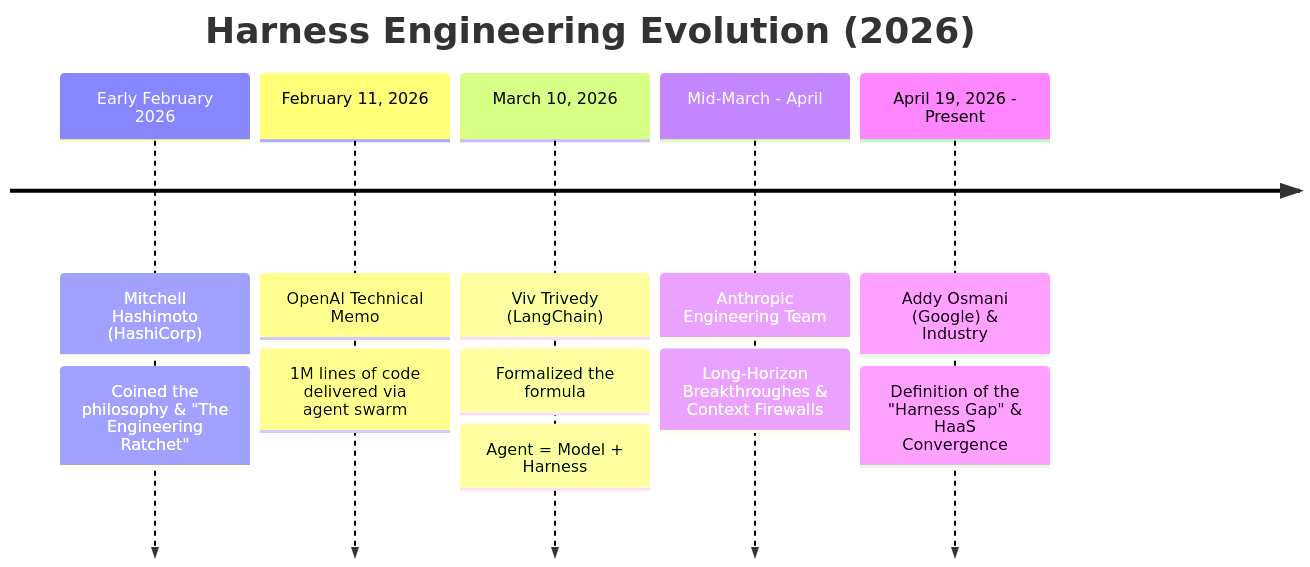
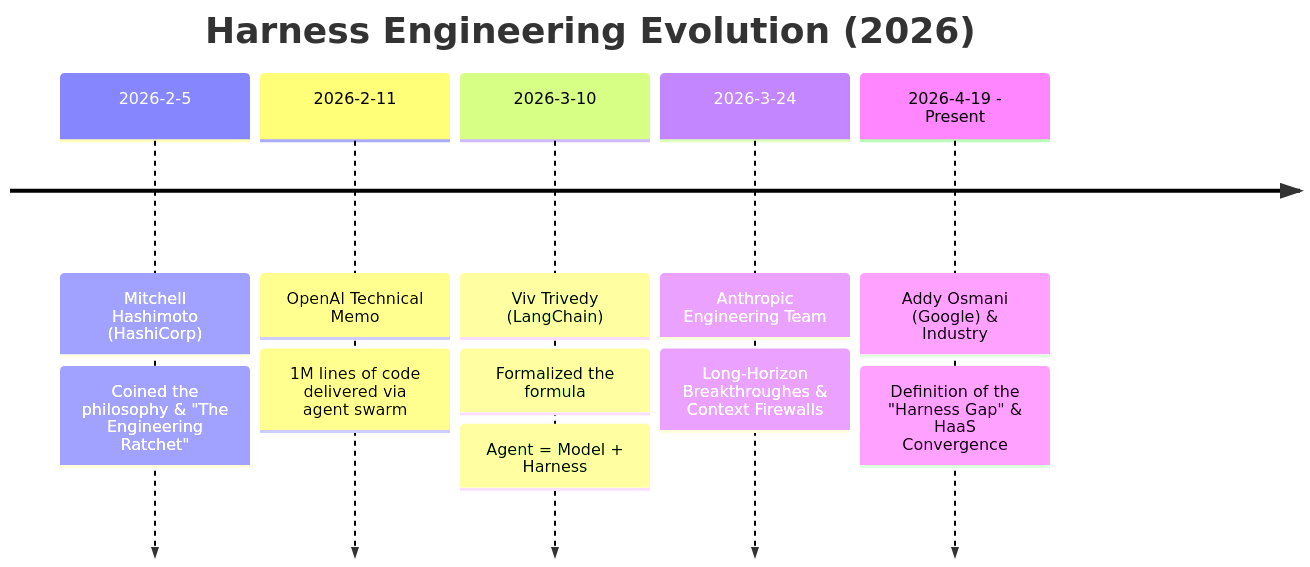
The diagram in README.md (mahonzhan/awesome-agent-harness), drawn with Mermaid before and after one commit. The commit also changed other lines of this file, not shown here.

First line of the commit message:
Standardize date formats in README timeline

````diff
--- a/README.md
+++ b/README.md
@@ -21,14 +21,14 @@
 ```mermaid
 timeline
     title Harness Engineering Evolution (2026)
-    Early February 2026 : Mitchell Hashimoto (HashiCorp)
+    2026-2-5 : Mitchell Hashimoto (HashiCorp)
                         : Coined the philosophy & "The Engineering Ratchet"
-    February 11, 2026   : OpenAI Technical Memo
+    2026-2-11   : OpenAI Technical Memo
                         : 1M lines of code delivered via agent swarm
-    March 10, 2026      : Viv Trivedy (LangChain)
+    2026-3-10      : Viv Trivedy (LangChain)
                         : Formalized the formula: Agent = Model + Harness
-    Mid-March - April   : Anthropic Engineering Team
+    2026-3-24   : Anthropic Engineering Team
                         : Long-Horizon Breakthroughes & Context Firewalls
-    April 19, 2026 - Present : Addy Osmani (Google) & Industry
+    2026-4-19 - Present : Addy Osmani (Google) & Industry
                              : Definition of the "Harness Gap" & HaaS Convergence
 ```
````
